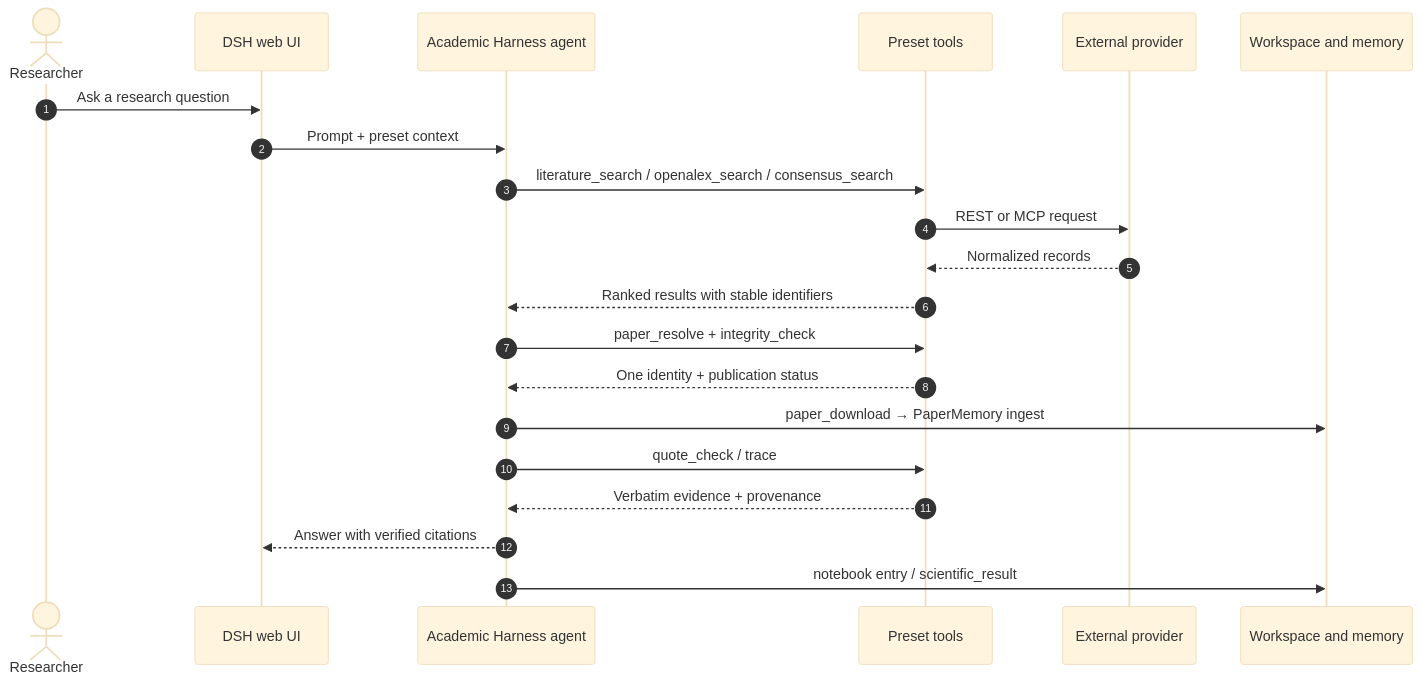
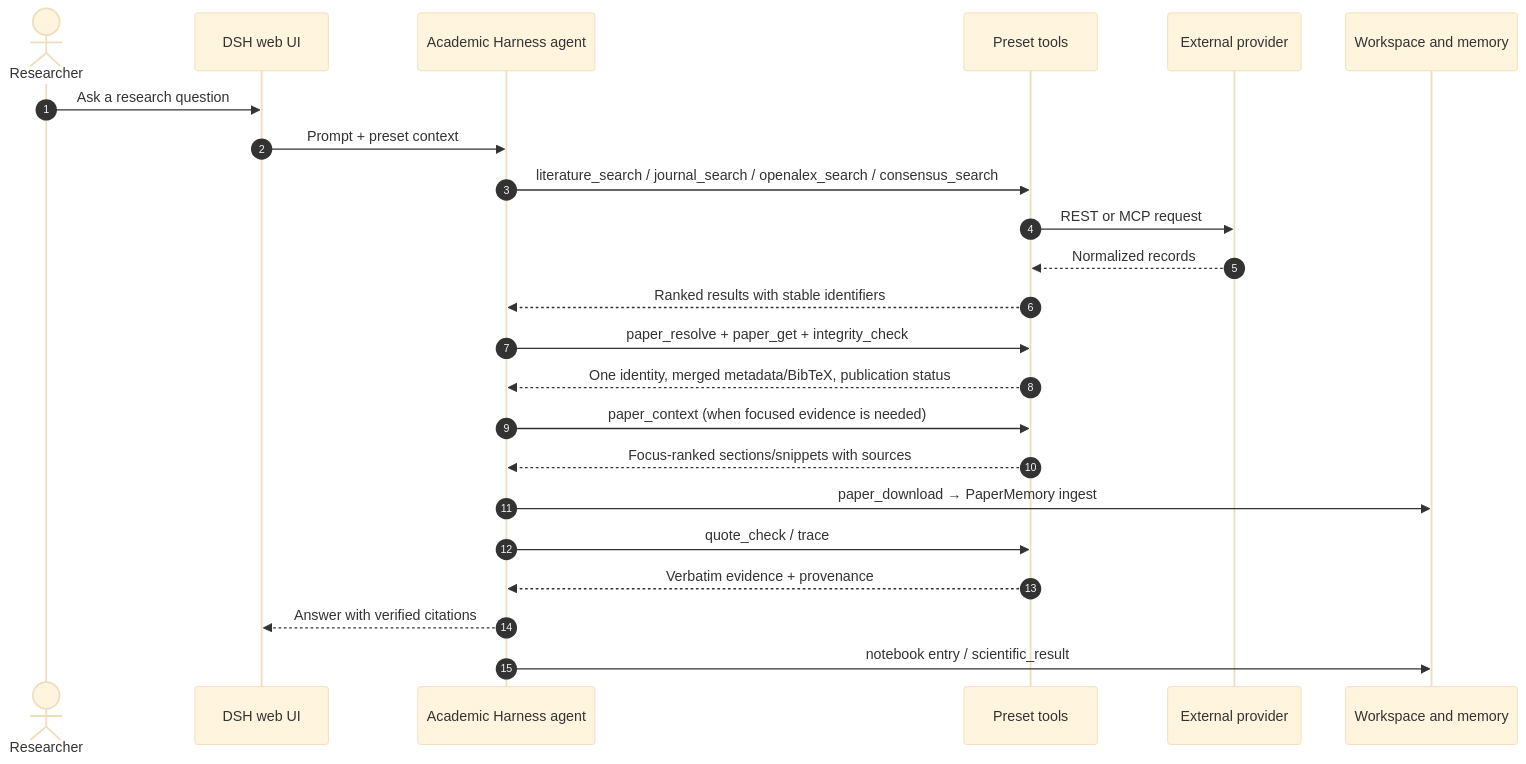
Before and after one commit to raktim-mondol/academic-harness: the diagram in docs/diagrams/request-lifecycle.mmd, drawn with Mermaid (base theme). The commit also changed 52 other files, not shown here.

```diff
--- a/docs/diagrams/request-lifecycle.mmd
+++ b/docs/diagrams/request-lifecycle.mmd
@@ -1,22 +1,24 @@
 sequenceDiagram
   autonumber
   actor U as Researcher
   participant UI as DSH web UI
   participant A as Academic Harness agent
   participant T as Preset tools
   participant P as External provider
   participant W as Workspace and memory
 
   U->>UI: Ask a research question
   UI->>A: Prompt + preset context
-  A->>T: literature_search / openalex_search / consensus_search
+  A->>T: literature_search / journal_search / openalex_search / consensus_search
   T->>P: REST or MCP request
   P-->>T: Normalized records
   T-->>A: Ranked results with stable identifiers
-  A->>T: paper_resolve + integrity_check
-  T-->>A: One identity + publication status
+  A->>T: paper_resolve + paper_get + integrity_check
+  T-->>A: One identity, merged metadata/BibTeX, publication status
+  A->>T: paper_context (when focused evidence is needed)
+  T-->>A: Focus-ranked sections/snippets with sources
   A->>W: paper_download → PaperMemory ingest
   A->>T: quote_check / trace
   T-->>A: Verbatim evidence + provenance
   A-->>UI: Answer with verified citations
   A->>W: notebook entry / scientific_result
```
